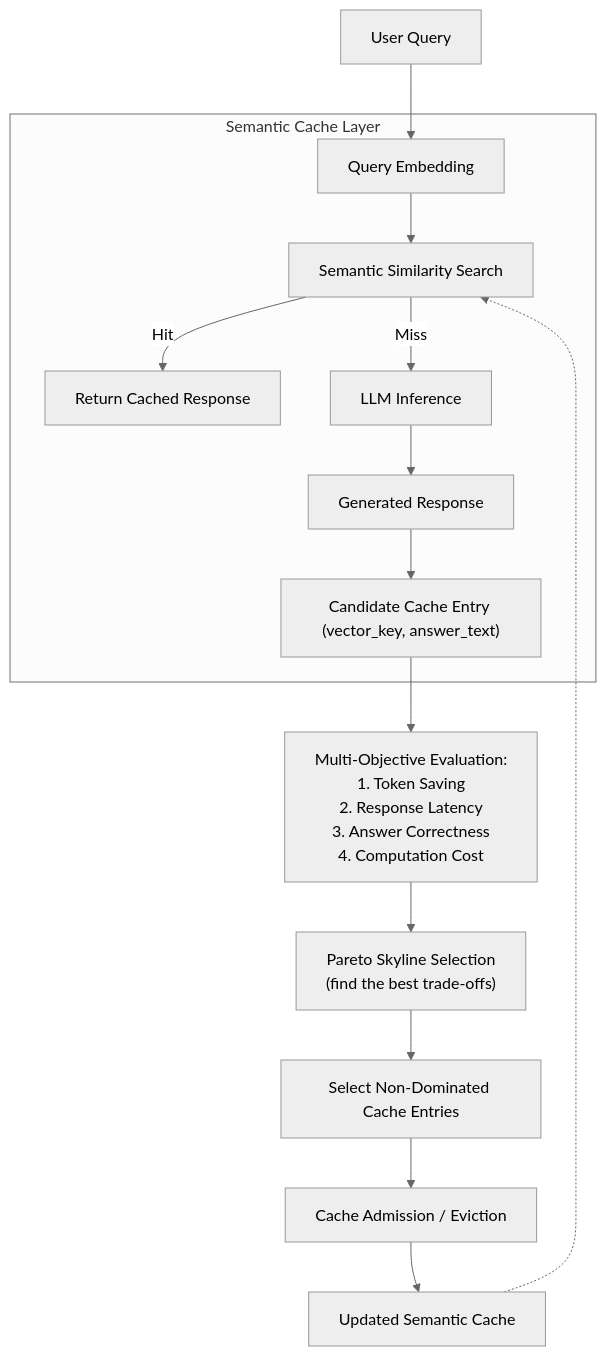
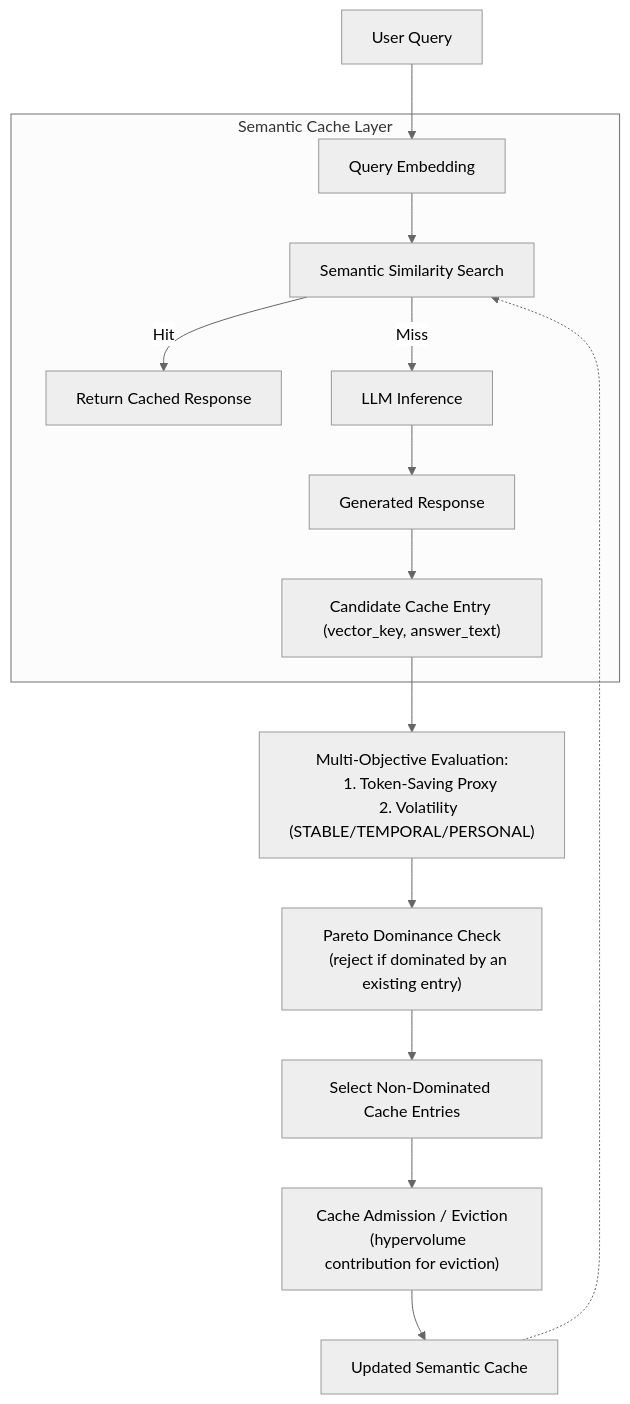
One commit to GowsiSM/pareto-semantic-cache changed the diagram in README.md. Above: the diagram before and after it, drawn with Mermaid (neutral theme). The commit also changed other lines of this file and 9 other files, not shown here.

````diff
--- a/README.md
+++ b/README.md
@@ -23,24 +25,23 @@
 ```mermaid
 flowchart TD
     A[User Query] --> B[Query Embedding]
 
     subgraph SCL[Semantic Cache Layer]
         B --> C[Semantic Similarity Search]
         C -->|Hit| D[Return Cached Response]
         C -->|Miss| E[LLM Inference]
         E --> F[Generated Response]
         F --> G["Candidate Cache Entry (vector_key, answer_text)"]
     end
 
     G --> H["Multi-Objective Evaluation:
-    1. Token Saving
-    2. Response Latency
-    3. Answer Correctness
-    4. Computation Cost"]
-    H --> I["Pareto Skyline Selection
-    (find the best trade-offs)"]
+    1. Token-Saving Proxy
+    2. Volatility (STABLE/TEMPORAL/PERSONAL)"]
+    H --> I["Pareto Dominance Check
+    (reject if dominated by an existing entry)"]
     I --> J[Select Non-Dominated Cache Entries]
-    J --> K[Cache Admission / Eviction]
+    J --> K["Cache Admission / Eviction
+    (hypervolume contribution for eviction)"]
     K --> L[Updated Semantic Cache]
     L -.-> C
 ```
````
